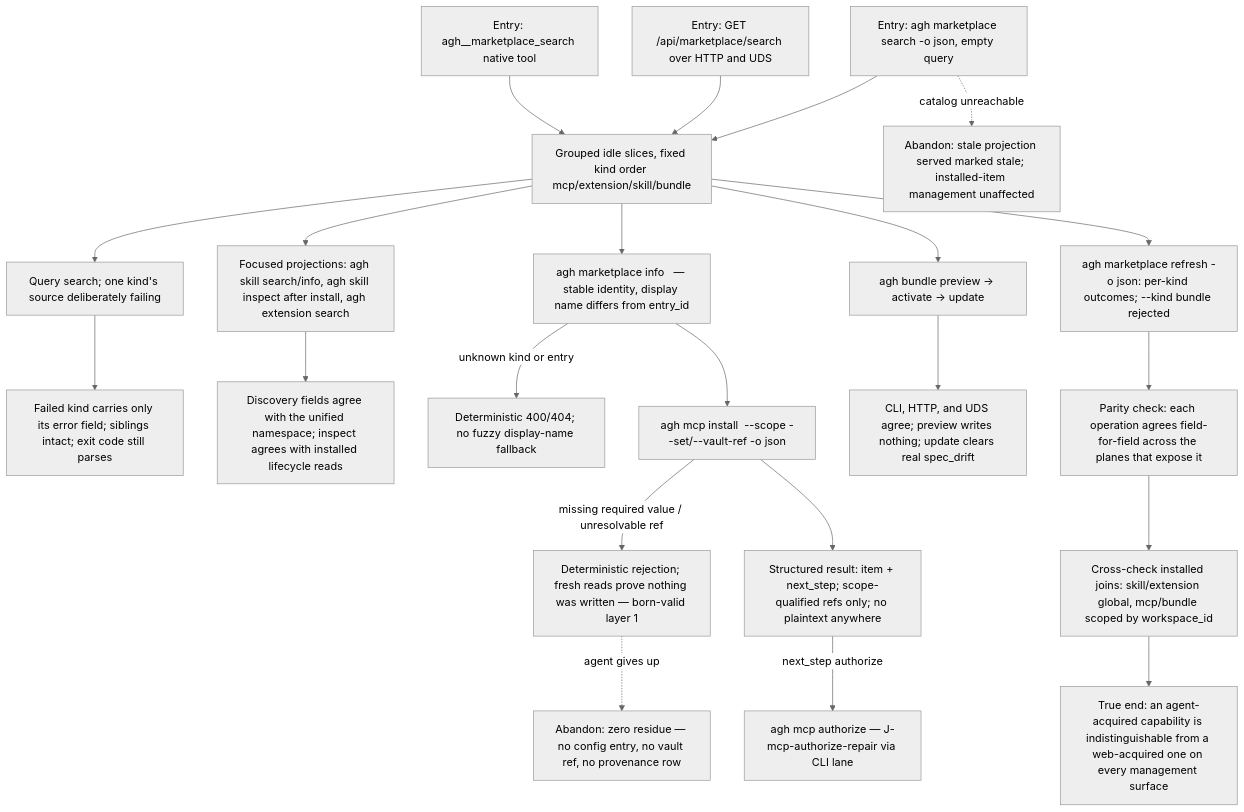
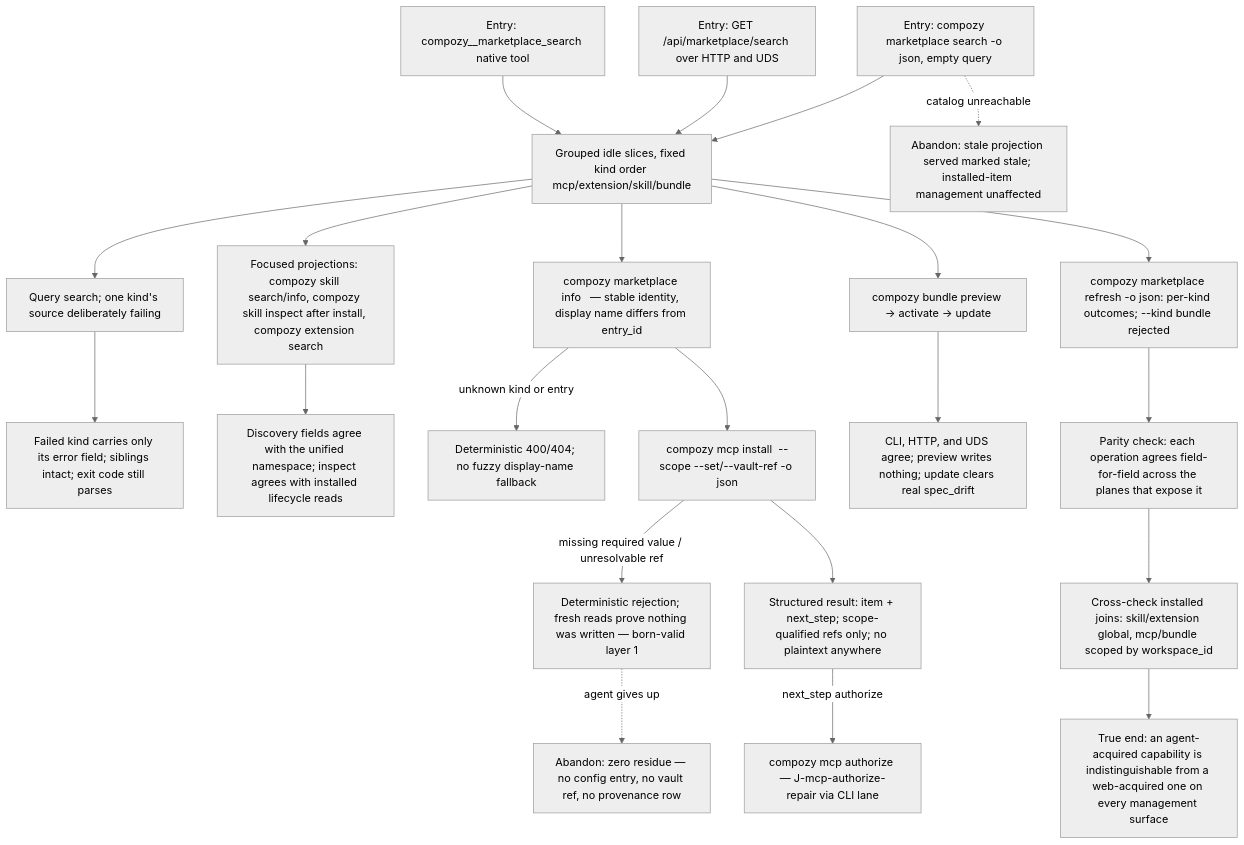
One commit to compozy/compozy changed the diagram in docs/qa/journeys/J-agent-marketplace-parity.md. Above: the diagram before and after it, drawn with Mermaid (neutral theme). The commit also changed other lines of this file and 831 other files, not shown here.

````diff
--- a/docs/qa/journeys/J-agent-marketplace-parity.md
+++ b/docs/qa/journeys/J-agent-marketplace-parity.md
@@ -5,24 +5,24 @@
 ```mermaid
 flowchart TD
-  A[Entry: agh marketplace search -o json, empty query] --> B[Grouped idle slices, fixed kind order mcp/extension/skill/bundle]
+  A[Entry: compozy marketplace search -o json, empty query] --> B[Grouped idle slices, fixed kind order mcp/extension/skill/bundle]
   A2[Entry: GET /api/marketplace/search over HTTP and UDS] --> B
-  A3[Entry: agh__marketplace_search native tool] --> B
+  A3[Entry: compozy__marketplace_search native tool] --> B
   B --> C[Query search; one kind's source deliberately failing]
   C --> C2[Failed kind carries only its error field; siblings intact; exit code still parses]
-  B --> C3[Focused projections: agh skill search/info, agh skill inspect after install, agh extension search]
+  B --> C3[Focused projections: compozy skill search/info, compozy skill inspect after install, compozy extension search]
   C3 --> C4[Discovery fields agree with the unified namespace; inspect agrees with installed lifecycle reads]
-  B --> D[agh marketplace info <kind> <entry_id> — stable identity, display name differs from entry_id]
+  B --> D[compozy marketplace info <kind> <entry_id> — stable identity, display name differs from entry_id]
   D -->|unknown kind or entry| D2[Deterministic 400/404; no fuzzy display-name fallback]
-  D --> E[agh mcp install <entry> --scope --set/--vault-ref -o json]
+  D --> E[compozy mcp install <entry> --scope --set/--vault-ref -o json]
   E -->|missing required value / unresolvable ref| E2[Deterministic rejection; fresh reads prove nothing was written — born-valid layer 1]
   E --> F[Structured result: item + next_step; scope-qualified refs only; no plaintext anywhere]
-  F -->|next_step authorize| G[agh mcp authorize — J-mcp-authorize-repair via CLI lane]
-  B --> G2[agh bundle preview → activate → update]
+  F -->|next_step authorize| G[compozy mcp authorize — J-mcp-authorize-repair via CLI lane]
+  B --> G2[compozy bundle preview → activate → update]
   G2 --> G3[CLI, HTTP, and UDS agree; preview writes nothing; update clears real spec_drift]
-  B --> H[agh marketplace refresh -o json: per-kind outcomes; --kind bundle rejected]
+  B --> H[compozy marketplace refresh -o json: per-kind outcomes; --kind bundle rejected]
   H --> I[Parity check: each operation agrees field-for-field across the planes that expose it]
   I --> J[Cross-check installed joins: skill/extension global, mcp/bundle scoped by workspace_id]
   A -.->|catalog unreachable| X1[Abandon: stale projection served marked stale; installed-item management unaffected]
   E2 -.->|agent gives up| X2[Abandon: zero residue — no config entry, no vault ref, no provenance row]
   J --> Z[True end: an agent-acquired capability is indistinguishable from a web-acquired one on every management surface]
 ```
````
